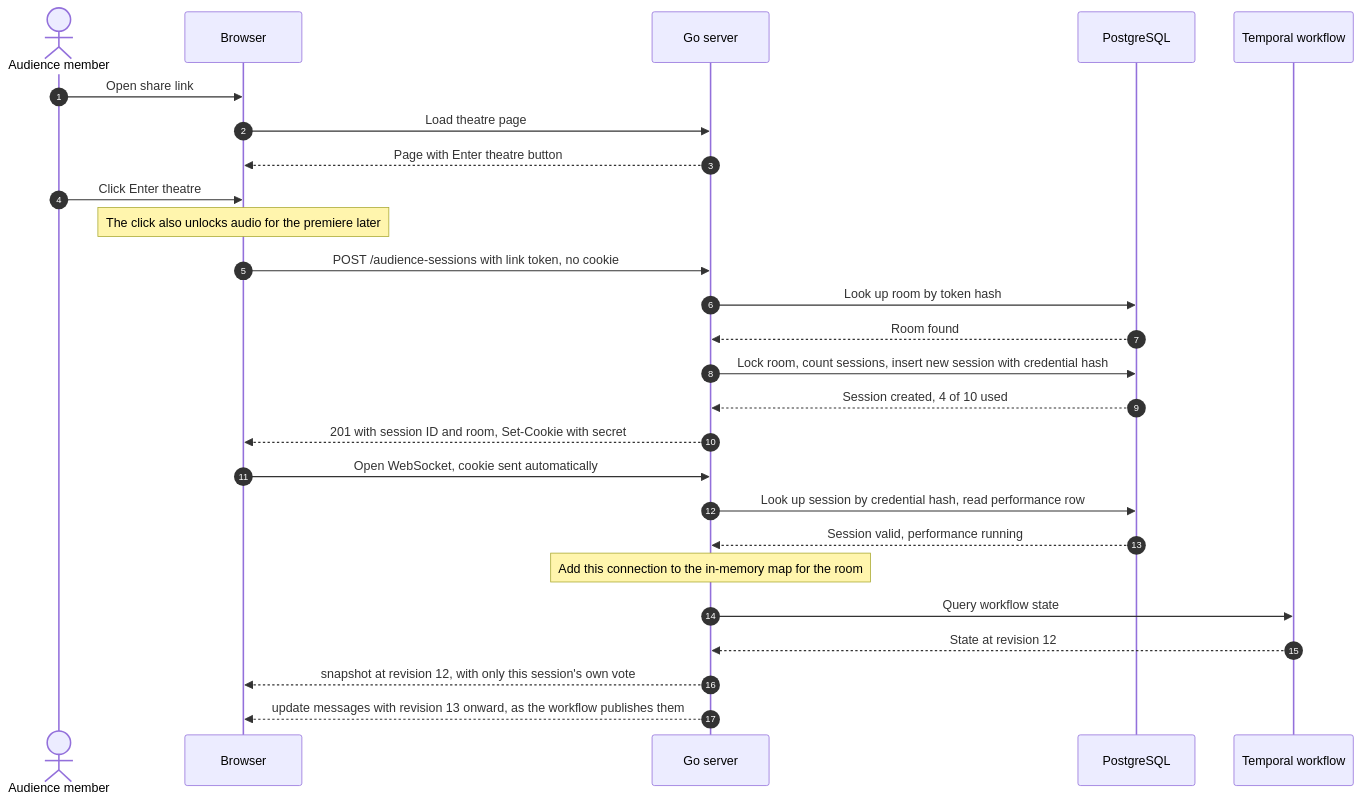
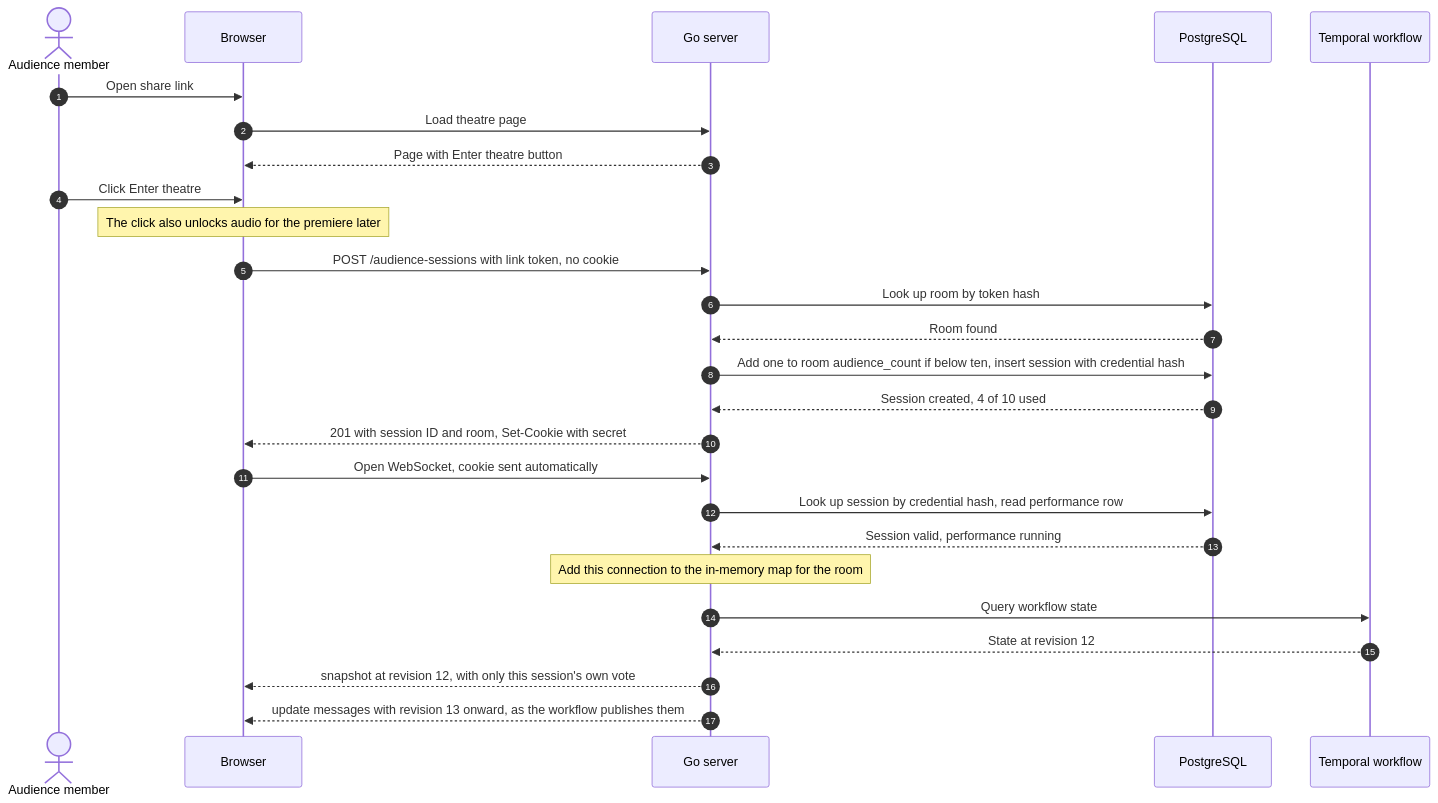
Before and after one commit to conghan-tay/MonsterTheatre_01: the first of 3 diagrams in docs/audience-session.md, drawn with Mermaid. The commit also changed other lines of this file and 4 other files, not shown here.

````diff
--- a/docs/audience-session.md
+++ b/docs/audience-session.md
@@ -66,29 +66,29 @@
 ```mermaid
 sequenceDiagram
     autonumber
     actor A as Audience member
     participant B as Browser
     participant S as Go server
     participant DB as PostgreSQL
     participant T as Temporal workflow
 
     A->>B: Open share link
     B->>S: Load theatre page
     S-->>B: Page with Enter theatre button
     A->>B: Click Enter theatre
     Note over B: The click also unlocks audio for the premiere later
     B->>S: POST /audience-sessions with link token, no cookie
     S->>DB: Look up room by token hash
     DB-->>S: Room found
-    S->>DB: Lock room, count sessions, insert new session with credential hash
+    S->>DB: Add one to room audience_count if below ten, insert session with credential hash
     DB-->>S: Session created, 4 of 10 used
     S-->>B: 201 with session ID and room, Set-Cookie with secret
     B->>S: Open WebSocket, cookie sent automatically
     S->>DB: Look up session by credential hash, read performance row
     DB-->>S: Session valid, performance running
     Note over S: Add this connection to the in-memory map for the room
     S->>T: Query workflow state
     T-->>S: State at revision 12
     S-->>B: snapshot at revision 12, with only this session's own vote
     S-->>B: update messages with revision 13 onward, as the workflow publishes them
 ```
````
